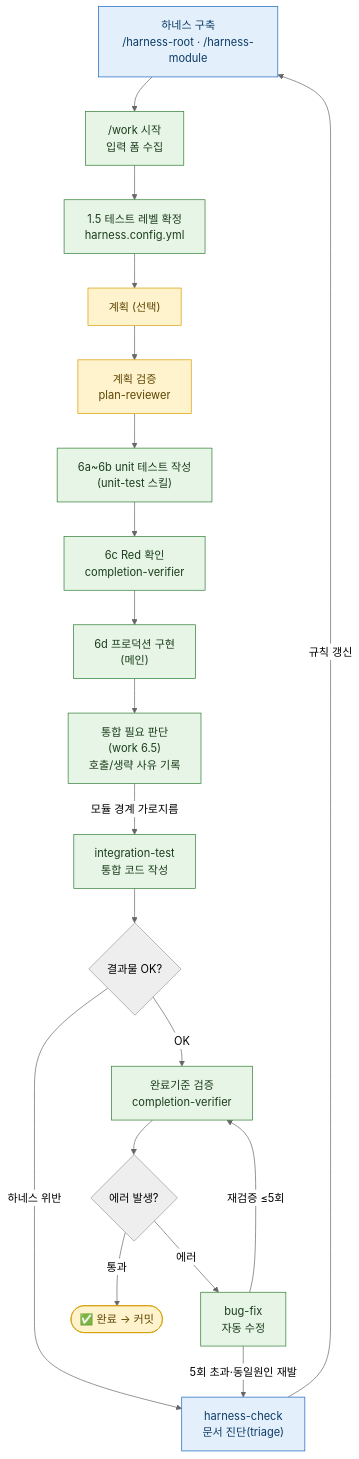
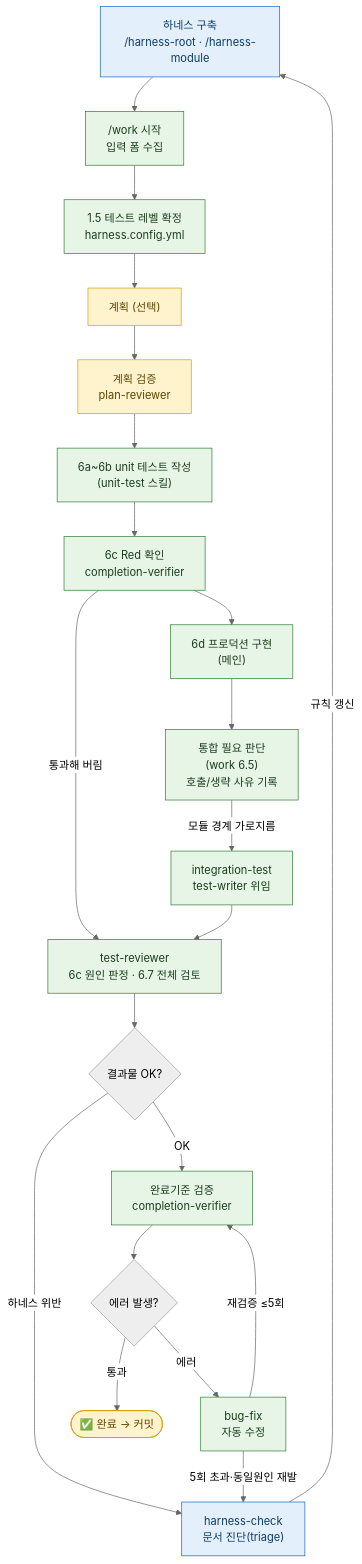
Before and after one commit to yunjeLee/solution-harness-plugin: the diagram in README.md, drawn with Mermaid (neutral theme). The commit also changed other lines of this file and 1 other file, not shown here.

Commit message:
docs: README 에 테스트 3층 반영 + 0.7.0
unit-test 스킬 · test-writer/test-reviewer 에이전트 · harness.config.yml
계약이 새로 생기고 work 단계 번호가 바뀌어 minor 를 올린다.

````diff
--- a/README.md
+++ b/README.md
@@ -109,28 +111,30 @@
 ```mermaid
 flowchart TD
     H["하네스 구축<br/>/harness-root · /harness-module"]:::harness
     H --> W["/work 시작<br/>입력 폼 수집"]:::auto
     W --> LV["1.5 테스트 레벨 확정<br/>harness.config.yml"]:::auto
     LV --> P["계획 (선택)"]:::gate
     P --> PR["계획 검증<br/>plan-reviewer"]:::gate
     PR --> UT["6a~6b unit 테스트 작성<br/>(unit-test 스킬)"]:::auto
     UT --> RED["6c Red 확인<br/>completion-verifier"]:::auto
+    RED -->|통과해 버림| TR
     RED --> IMPL["6d 프로덕션 구현<br/>(메인)"]:::auto
     IMPL --> IT["통합 필요 판단<br/>(work 6.5)<br/>호출/생략 사유 기록"]:::auto
-    IT -->|모듈 경계 가로지름| ITS["integration-test<br/>통합 코드 작성"]:::auto
-    ITS --> Q{"결과물 OK?"}
+    IT -->|모듈 경계 가로지름| ITS["integration-test<br/>test-writer 위임"]:::auto
+    ITS --> TR["test-reviewer<br/>6c 원인 판정 · 6.7 전체 검토"]:::auto
+    TR --> Q{"결과물 OK?"}
     Q -->|하네스 위반| HC
     Q -->|OK| CRI["완료기준 검증<br/>completion-verifier"]:::auto
     CRI --> Q2{에러 발생?}
     Q2 -->|에러| BF["bug-fix<br/>자동 수정"]:::auto
     BF -->|재검증 ≤5회| CRI
     Q2 -->|통과| DONE([✅ 완료 → 커밋]):::gate
 
     BF -->|5회 초과·동일원인 재발| HC
     HC["harness-check<br/>문서 진단(triage)"]:::harness
     HC -->|규칙 갱신| H
 
     classDef auto fill:#e7f5e7,stroke:#2e7d32,color:#1b3d1b
     classDef gate fill:#fff3cd,stroke:#d39e00,color:#5c4500
     classDef harness fill:#e3f0fb,stroke:#1565c0,color:#0d3b66
 ```
````
